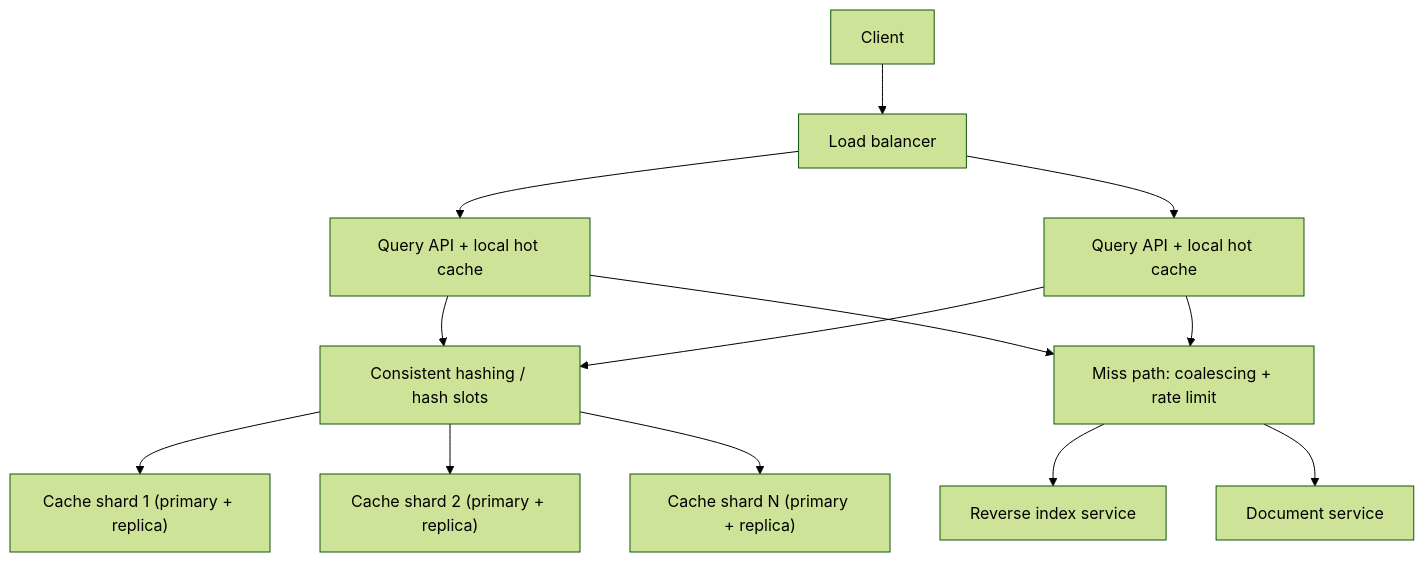
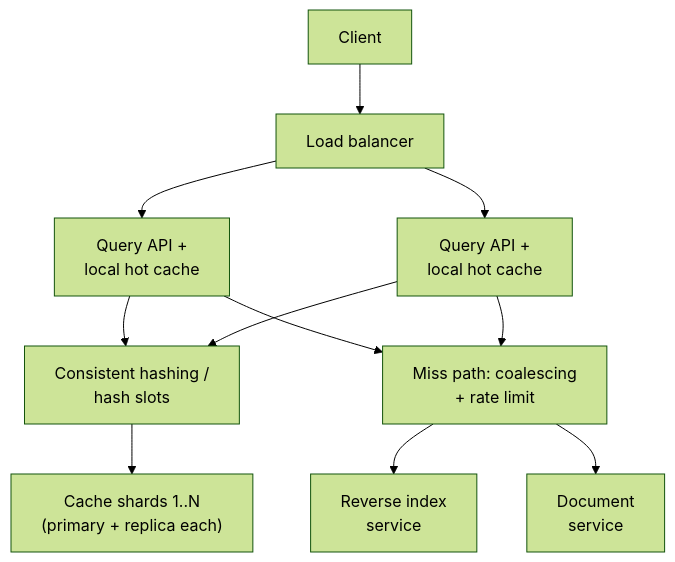
Before and after one commit to butyavk/system-design: the second of 2 diagrams in src/content/docs/practice/search-query-cache.mdx, drawn with Mermaid (forest theme). The commit also changed other lines of this file and 144 other files, not shown here.

````diff
--- a/src/content/docs/practice/search-query-cache.mdx
+++ b/src/content/docs/practice/search-query-cache.mdx
@@ -322,13 +322,11 @@
 ```mermaid
 flowchart TD
   client["Client"] --> lb["Load balancer"]
-  lb --> q1["Query API + local hot cache"]
-  lb --> q2["Query API + local hot cache"]
-  q1 & q2 --> ring["Consistent hashing / hash slots"]
-  ring --> c1["Cache shard 1 (primary + replica)"]
-  ring --> c2["Cache shard 2 (primary + replica)"]
-  ring --> cn["Cache shard N (primary + replica)"]
-  q1 & q2 --> coal["Miss path: coalescing + rate limit"]
-  coal --> index["Reverse index service"]
-  coal --> docs["Document service"]
+  lb --> q1["Query API +<br/>local hot cache"]
+  lb --> q2["Query API +<br/>local hot cache"]
+  q1 & q2 --> ring["Consistent hashing /<br/>hash slots"]
+  ring --> shards["Cache shards 1..N<br/>(primary + replica each)"]
+  q1 & q2 --> coal["Miss path: coalescing<br/>+ rate limit"]
+  coal --> index["Reverse index<br/>service"]
+  coal --> docs["Document<br/>service"]
 ```
````
